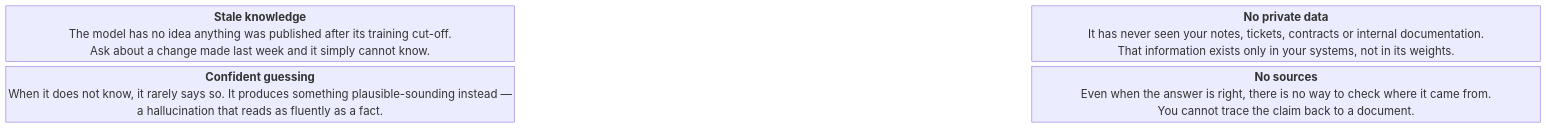
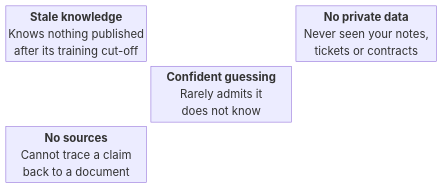
Before and after one commit to itsmusa/open-rag: the first of 14 diagrams in docs/theory.md, drawn with Mermaid. The commit also changed other lines of this file, not shown here.

Commit message:
Make the RAG problems block readable on GitHub

````diff
--- a/docs/theory.md
+++ b/docs/theory.md
@@ -27,11 +27,12 @@
 ```mermaid
 %%{init: {"themeVariables": {"fontSize": "20px"}}}%%
 block-beta
   columns 3
-  P1["<b>Stale knowledge</b><br/>The model has no idea anything was published after its training cut-off.<br/>Ask about a change made last week and it simply cannot know."]
+  P1["<b>Stale knowledge</b><br/>Knows nothing published<br/>after its training cut-off"]
   space:1
-  P2["<b>No private data</b><br/>It has never seen your notes, tickets, contracts or internal documentation.<br/>That information exists only in your systems, not in its weights."]
-  P3["<b>Confident guessing</b><br/>When it does not know, it rarely says so. It produces something plausible-sounding instead —<br/>a hallucination that reads as fluently as a fact."]
+  P2["<b>No private data</b><br/>Never seen your notes,<br/>tickets or contracts"]
   space:1
-  P4["<b>No sources</b><br/>Even when the answer is right, there is no way to check where it came from.<br/>You cannot trace the claim back to a document."]
+  P3["<b>Confident guessing</b><br/>Rarely admits it<br/>does not know"]
+  space:1
+  P4["<b>No sources</b><br/>Cannot trace a claim<br/>back to a document"]
 ```
````
